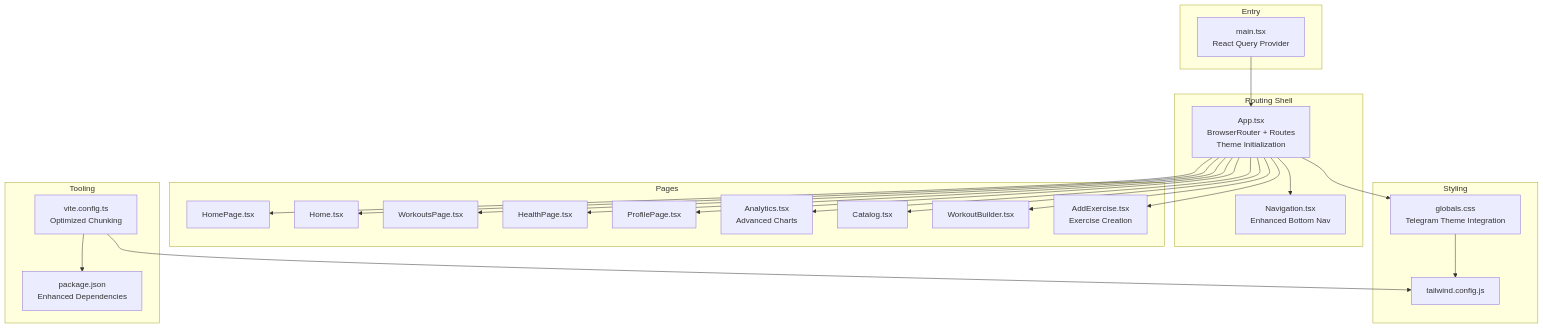
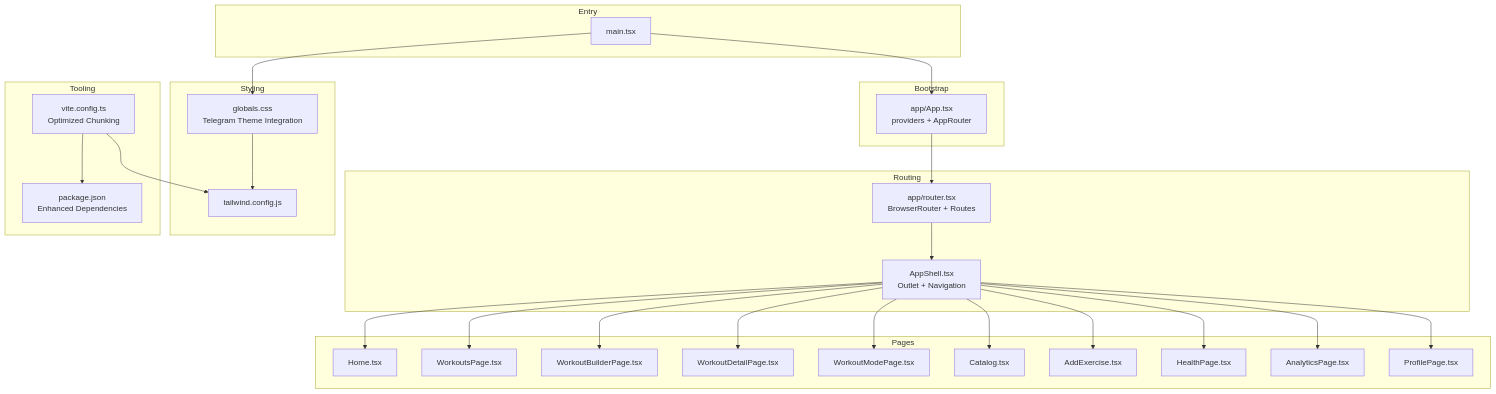
Before and after one commit to nilsnavi/fit_trackerpro: the first of 6 diagrams in .qoder/repowiki/en/content/Frontend Component Architecture/Application Structure & Routing.md, drawn with Mermaid. The commit also changed other lines of this file and 9 other files, not shown here.

First line of the commit message:
Профиль: один экран ProfilePage и актуализация документации qoder

````diff
--- a/.qoder/repowiki/en/content/Frontend Component Architecture/Application Structure & Routing.md
+++ b/.qoder/repowiki/en/content/Frontend Component Architecture/Application Structure & Routing.md
@@ -54,44 +61,50 @@
 ```mermaid
 graph TB
 subgraph "Entry"
-M["main.tsx<br/>React Query Provider"]
+M["main.tsx"]
 end
-subgraph "Routing Shell"
-A["App.tsx<br/>BrowserRouter + Routes<br/>Theme Initialization"]
-N["Navigation.tsx<br/>Enhanced Bottom Nav"]
+subgraph "Bootstrap"
+APP["app/App.tsx<br/>providers + AppRouter"]
+end
+subgraph "Routing"
+RT["app/router.tsx<br/>BrowserRouter + Routes"]
+SH["AppShell.tsx<br/>Outlet + Navigation"]
 end
 subgraph "Pages"
-HP["HomePage.tsx"]
-H["Home.tsx"]
-W["WorkoutsPage.tsx"]
+HO["Home.tsx"]
+WP["WorkoutsPage.tsx"]
+WBP["WorkoutBuilderPage.tsx"]
+WDP["WorkoutDetailPage.tsx"]
+WMP["WorkoutModePage.tsx"]
+CAT["Catalog.tsx"]
+ADD["AddExercise.tsx"]
 HL["HealthPage.tsx"]
-P["ProfilePage.tsx"]
-AN["Analytics.tsx<br/>Advanced Charts"]
-C["Catalog.tsx"]
-WB["WorkoutBuilder.tsx"]
-AE["AddExercise.tsx<br/>Exercise Creation"]
+AN["AnalyticsPage.tsx"]
+PR["ProfilePage.tsx"]
 end
 subgraph "Styling"
 G["globals.css<br/>Telegram Theme Integration"]
 T["tailwind.config.js"]
 end
 subgraph "Tooling"
 V["vite.config.ts<br/>Optimized Chunking"]
 PKG["package.json<br/>Enhanced Dependencies"]
 end
-M --> A
-A --> HP
-A --> H
-A --> W
-A --> HL
-A --> P
-A --> AN
-A --> C
-A --> WB
-A --> AE
-A --> N
-A --> G
+M --> APP
+APP --> RT
+RT --> SH
+SH --> HO
+SH --> WP
+SH --> WBP
+SH --> WDP
+SH --> WMP
+SH --> CAT
+SH --> ADD
+SH --> HL
+SH --> AN
+SH --> PR
+M --> G
 G --> T
 V --> T
 V --> PKG
 ```
````
